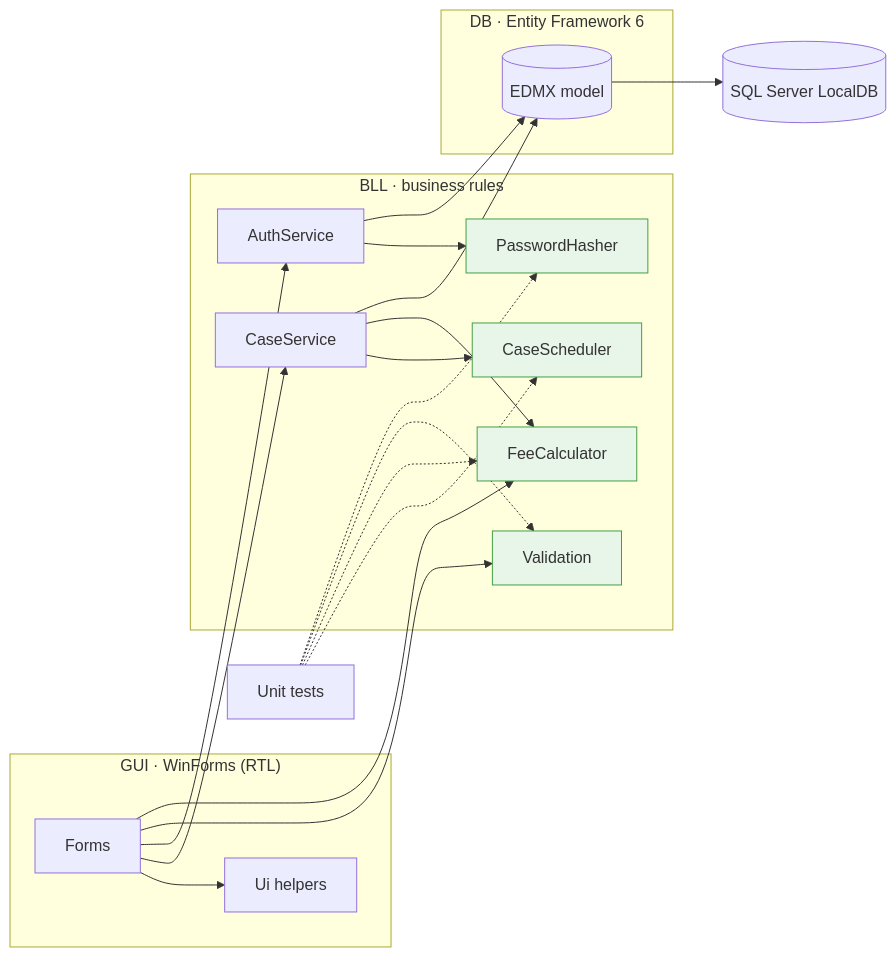
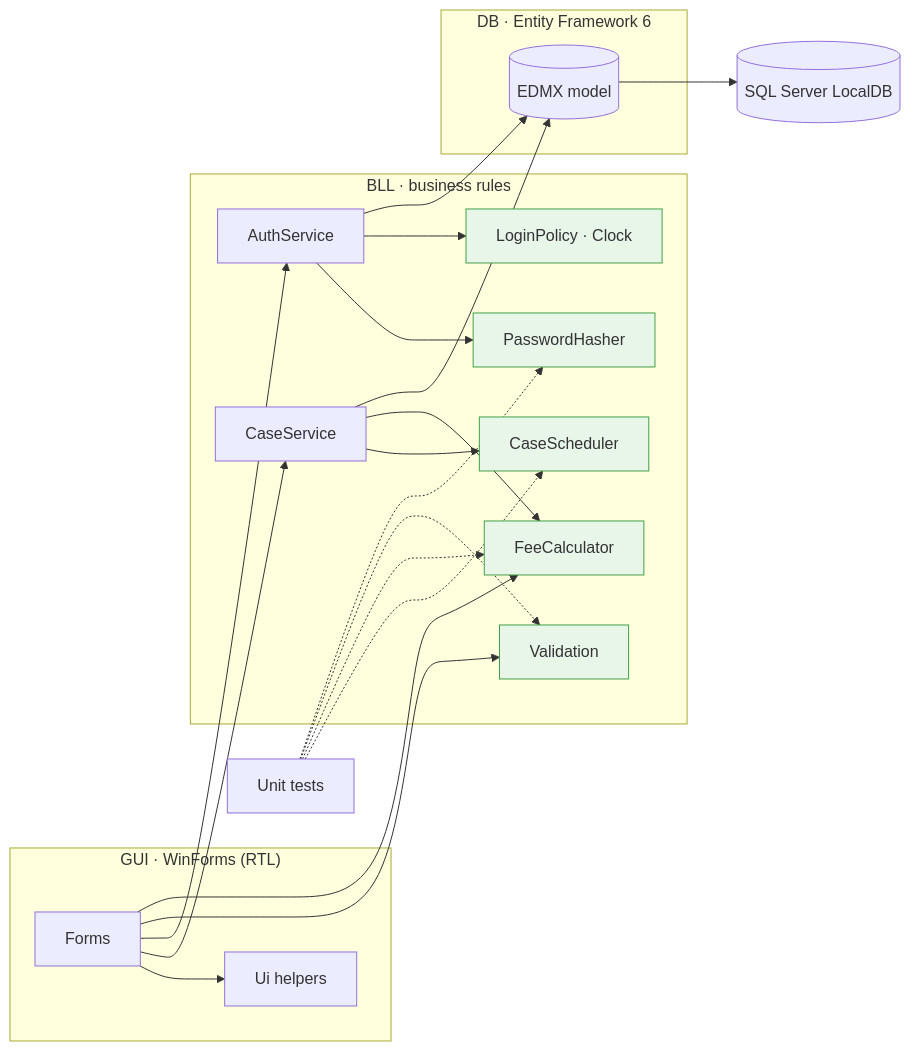
One commit to shirushit/LawrerProject changed the first of 2 diagrams in README.md. Above: the diagram before and after it, drawn with Mermaid. The commit also changed other lines of this file and 5 other files, not shown here.

````diff
--- a/README.md
+++ b/README.md
@@ -69,23 +74,24 @@
 ```mermaid
 flowchart LR
     subgraph GUI["GUI · WinForms (RTL)"]
         F[Forms] --> U[Ui helpers]
     end
     subgraph BLL["BLL · business rules"]
         S[CaseScheduler]:::pure
         C[FeeCalculator]:::pure
         V[Validation]:::pure
         H[PasswordHasher]:::pure
+        L[LoginPolicy · Clock]:::pure
         CS[CaseService]
         AS[AuthService]
     end
     subgraph DAL["DB · Entity Framework 6"]
         M[(EDMX model)]
     end
     F --> CS & AS & V & C
     CS --> S & C
-    AS --> H
+    AS --> H & L
     CS & AS --> M --> SQL[(SQL Server LocalDB)]
     T[Unit tests] -.-> S & C & V & H
     classDef pure fill:#e8f5e9,stroke:#43a047
 ```
````
